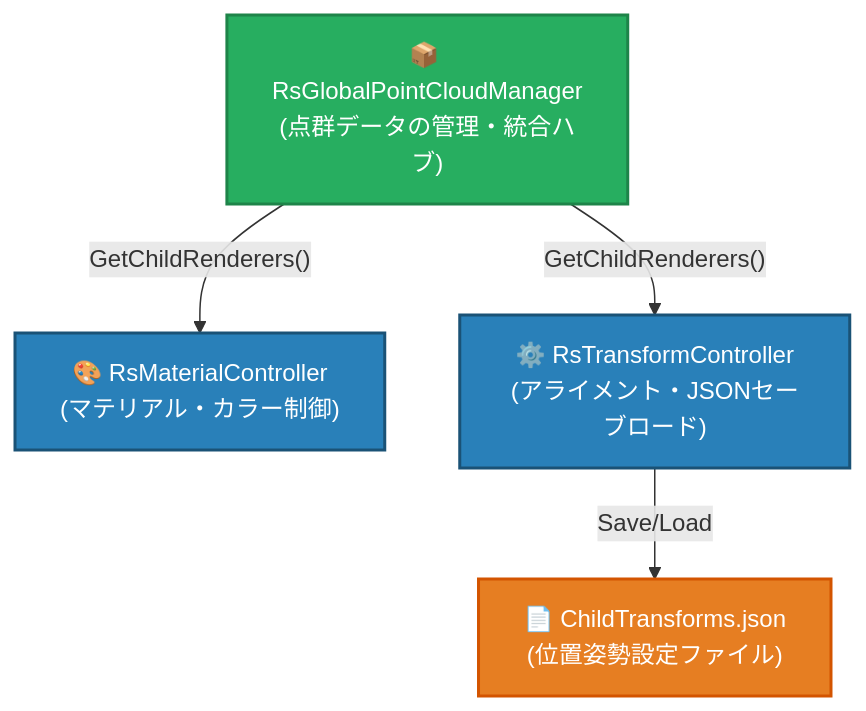
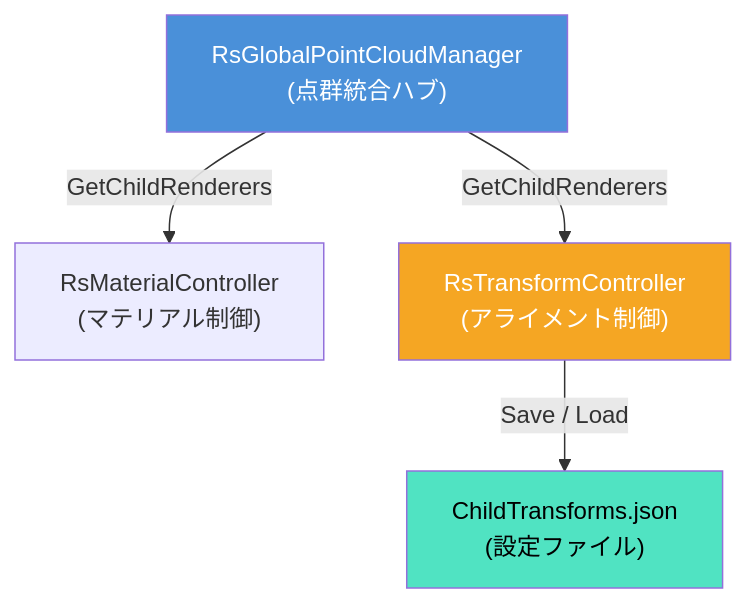
The first of 2 diagrams in Docs/Initialization.md (kotetsuOU/HandTrakingDemo), drawn with Mermaid before and after one commit. The commit also changed other lines of this file and 362 other files, not shown here.

Commit message:
feat: merge newAUTD into main (AUTD system updates, haptics, dummy point cloud, experiment feature)

````diff
--- a/Docs/Initialization.md
+++ b/Docs/Initialization.md
@@ -15,15 +43,10 @@
 ```mermaid
 graph TD
-    classDef manager fill:#27AE60,stroke:#1E8449,stroke-width:2px,color:#FFFFFF;
-    classDef controller fill:#2980B9,stroke:#1A5276,stroke-width:2px,color:#FFFFFF;
-    classDef file fill:#E67E22,stroke:#D35400,stroke-width:2px,color:#FFFFFF;
+    Manager["RsGlobalPointCloudManager<br/>(点群統合ハブ)"] --> |GetChildRenderers| MaterialCtrl["RsMaterialController<br/>(マテリアル制御)"]
+    Manager --> |GetChildRenderers| TransformCtrl["RsTransformController<br/>(アライメント制御)"]
+    TransformCtrl --> |Save / Load| JsonFile["ChildTransforms.json<br/>(設定ファイル)"]
 
-    Manager["📦 RsGlobalPointCloudManager<br/>(点群データの管理・統合ハブ)"]:::manager
-    MaterialCtrl["🎨 RsMaterialController<br/>(マテリアル・カラー制御)"]:::controller
-    TransformCtrl["⚙️ RsTransformController<br/>(アライメント・JSONセーブロード)"]:::controller
-    JsonFile["📄 ChildTransforms.json<br/>(位置姿勢設定ファイル)"]:::file
-
-    Manager -->|"GetChildRenderers()"| MaterialCtrl
-    Manager -->|"GetChildRenderers()"| TransformCtrl
-    TransformCtrl -->|"Save/Load"| JsonFile
+    style Manager fill:#4a90d9,color:#fff
+    style TransformCtrl fill:#f5a623,color:#fff
+    style JsonFile fill:#50e3c2,color:#000
 ```
````
